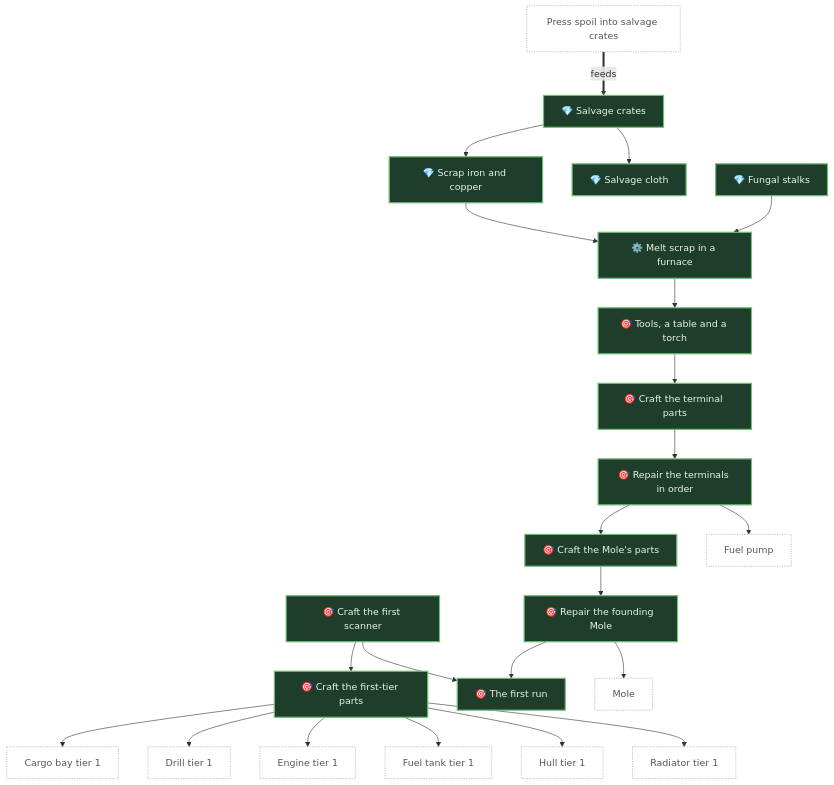
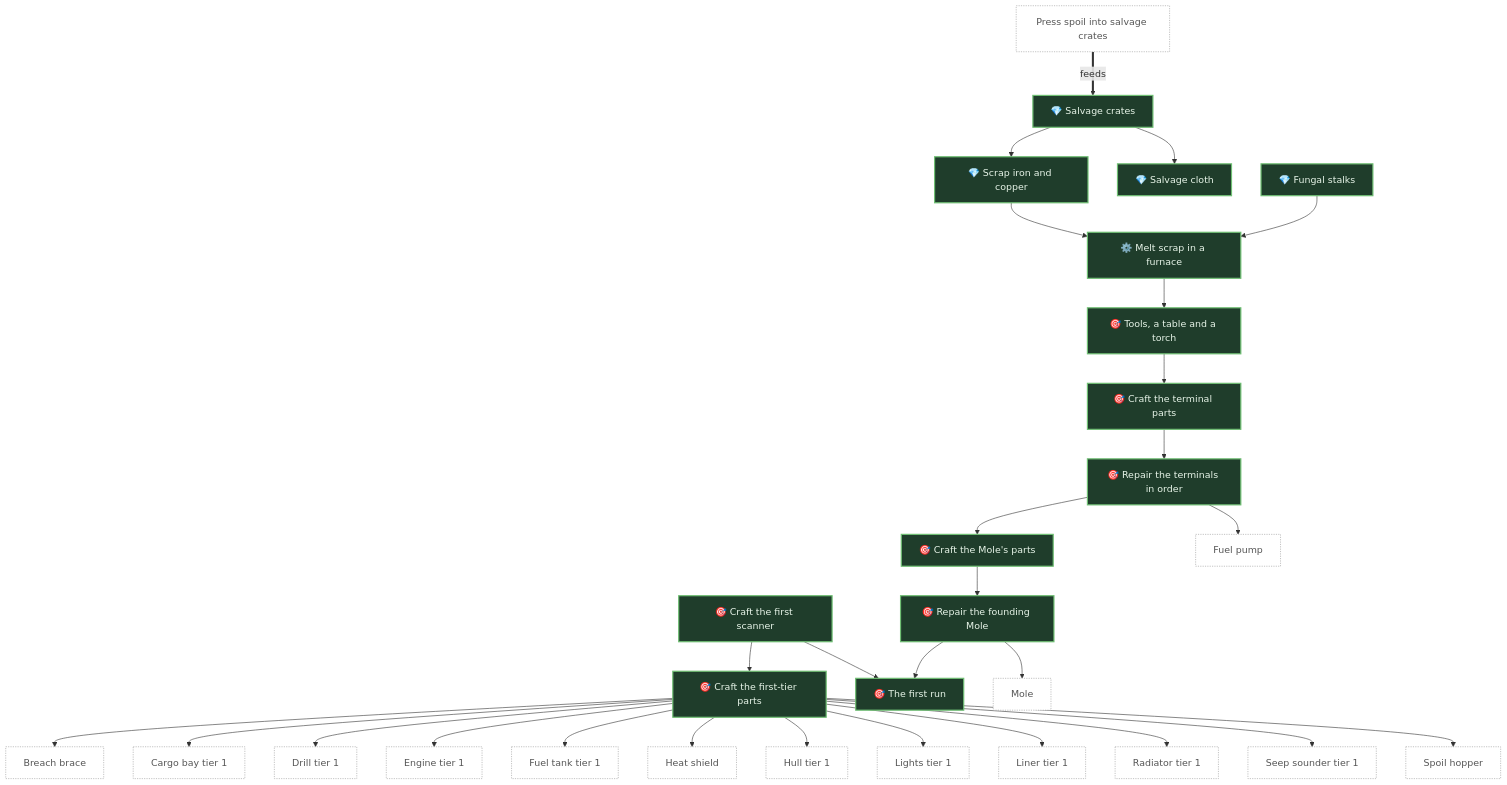
One commit to pkeppeler/deepcharter changed diagram 22 of 30 in docs/FEATURE-MAP.md. Above: the diagram before and after it, drawn with Mermaid. The commit also changed other lines of this file and 47 other files, not shown here.

````diff
--- a/docs/FEATURE-MAP.md
+++ b/docs/FEATURE-MAP.md
@@ -1149,53 +1163,65 @@
 ```mermaid
 flowchart TB
   n_fungal_stalks["💎 Fungal stalks"]
   n_salvage_crate["💎 Salvage crates"]
   n_salvage_cloth["💎 Salvage cloth"]
   n_scrap_metal["💎 Scrap iron and copper"]
   n_furnace_scrap["⚙️ Melt scrap in a furnace"]
   n_craft_tools["🎯 Tools, a table and a torch"]
   n_craft_terminal_parts["🎯 Craft the terminal parts"]
   n_repair_terminals["🎯 Repair the terminals in order"]
   n_craft_mole_parts["🎯 Craft the Mole's parts"]
   n_scanner_from_crafting["🎯 Craft the first scanner"]
   n_parts_from_crafting["🎯 Craft the first-tier parts"]
   n_repair_mole["🎯 Repair the founding Mole"]
   n_first_run["🎯 The first run"]
+  n_brace_t1["Breach brace"]
   n_cargo_bay_t1["Cargo bay tier 1"]
   n_crate_press["Press spoil into salvage crates"]
   n_drill_t1["Drill tier 1"]
   n_engine_t1["Engine tier 1"]
   n_fuel_pump["Fuel pump"]
   n_fuel_tank_t1["Fuel tank tier 1"]
+  n_heat_shield["Heat shield"]
   n_hull_t1["Hull tier 1"]
+  n_lights_t1["Lights tier 1"]
+  n_liner_t1["Liner tier 1"]
   n_mole["Mole"]
   n_radiator_t1["Radiator tier 1"]
+  n_sounder_t1["Seep sounder tier 1"]
+  n_spoil_hopper["Spoil hopper"]
   n_craft_mole_parts --> n_repair_mole
   n_craft_terminal_parts --> n_repair_terminals
   n_craft_tools --> n_craft_terminal_parts
   n_crate_press == feeds ==> n_salvage_crate
   n_fungal_stalks --> n_furnace_scrap
   n_furnace_scrap --> n_craft_tools
+  n_parts_from_crafting --> n_brace_t1
   n_parts_from_crafting --> n_cargo_bay_t1
   n_parts_from_crafting --> n_drill_t1
   n_parts_from_crafting --> n_engine_t1
   n_parts_from_crafting --> n_fuel_tank_t1
+  n_parts_from_crafting --> n_heat_shield
   n_parts_from_crafting --> n_hull_t1
+  n_parts_from_crafting --> n_lights_t1
+  n_parts_from_crafting --> n_liner_t1
   n_parts_from_crafting --> n_radiator_t1
+  n_parts_from_crafting --> n_sounder_t1
+  n_parts_from_crafting --> n_spoil_hopper
   n_repair_mole --> n_first_run
   n_repair_mole --> n_mole
   n_repair_terminals --> n_craft_mole_parts
   n_repair_terminals --> n_fuel_pump
   n_salvage_crate --> n_salvage_cloth
   n_salvage_crate --> n_scrap_metal
   n_scanner_from_crafting --> n_first_run
   n_scanner_from_crafting --> n_parts_from_crafting
   n_scrap_metal --> n_furnace_scrap
   classDef built fill:#1f3d2b,stroke:#6fbf73,stroke-width:2px,color:#e8f5e9
   classDef progress fill:#4a3a10,stroke:#f0b429,stroke-width:2px,color:#fff3d6
   classDef planned fill:#2e2e2e,stroke:#9e9e9e,stroke-width:1px,color:#d6d6d6
   classDef idea fill:#1a1a1a,stroke:#757575,stroke-width:1px,stroke-dasharray:4 3,color:#a0a0a0
   classDef ext fill:#ffffff,stroke:#999999,stroke-width:1px,stroke-dasharray:2 2,color:#555555
   class n_fungal_stalks,n_salvage_crate,n_salvage_cloth,n_scrap_metal,n_furnace_scrap,n_craft_tools,n_craft_terminal_parts,n_repair_terminals,n_craft_mole_parts,n_scanner_from_crafting,n_parts_from_crafting,n_repair_mole,n_first_run built
-  class n_cargo_bay_t1,n_crate_press,n_drill_t1,n_engine_t1,n_fuel_pump,n_fuel_tank_t1,n_hull_t1,n_mole,n_radiator_t1 ext
+  class n_brace_t1,n_cargo_bay_t1,n_crate_press,n_drill_t1,n_engine_t1,n_fuel_pump,n_fuel_tank_t1,n_heat_shield,n_hull_t1,n_lights_t1,n_liner_t1,n_mole,n_radiator_t1,n_sounder_t1,n_spoil_hopper ext
 ```
````
